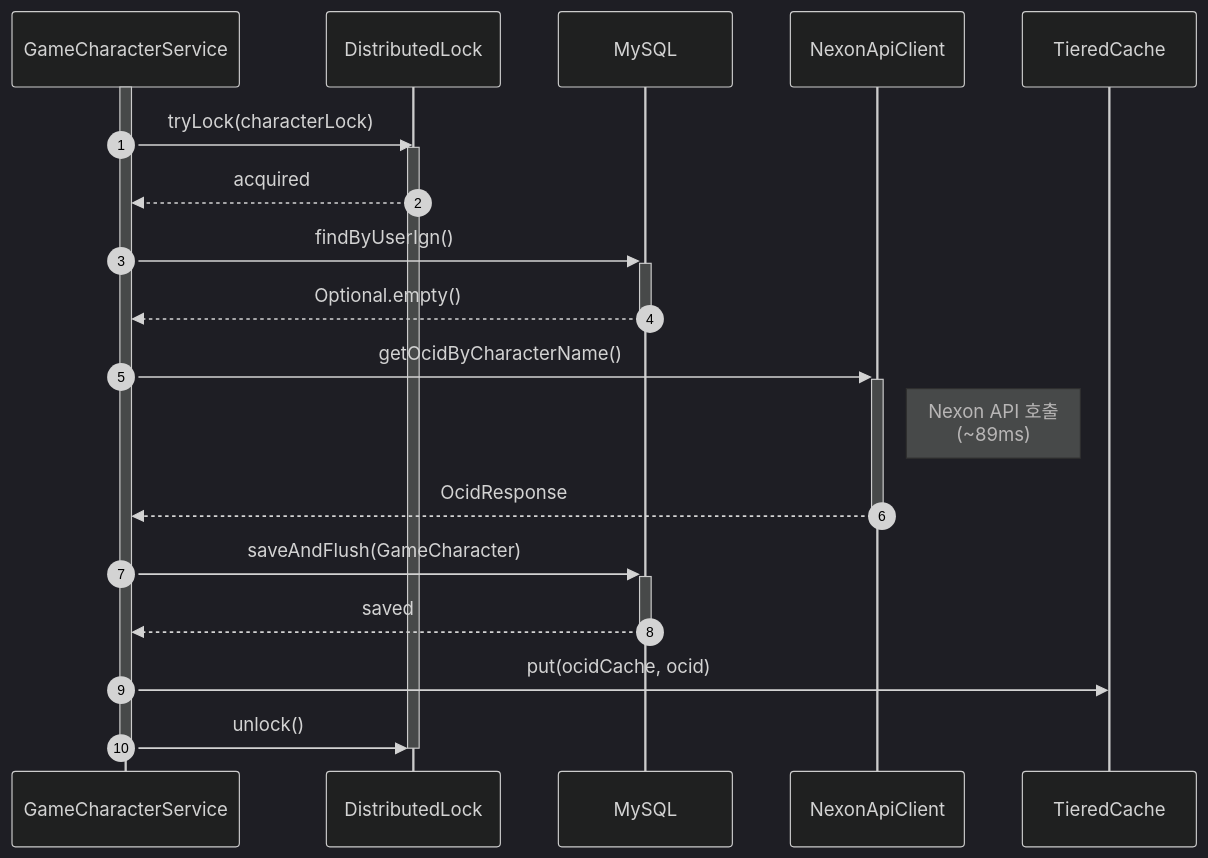
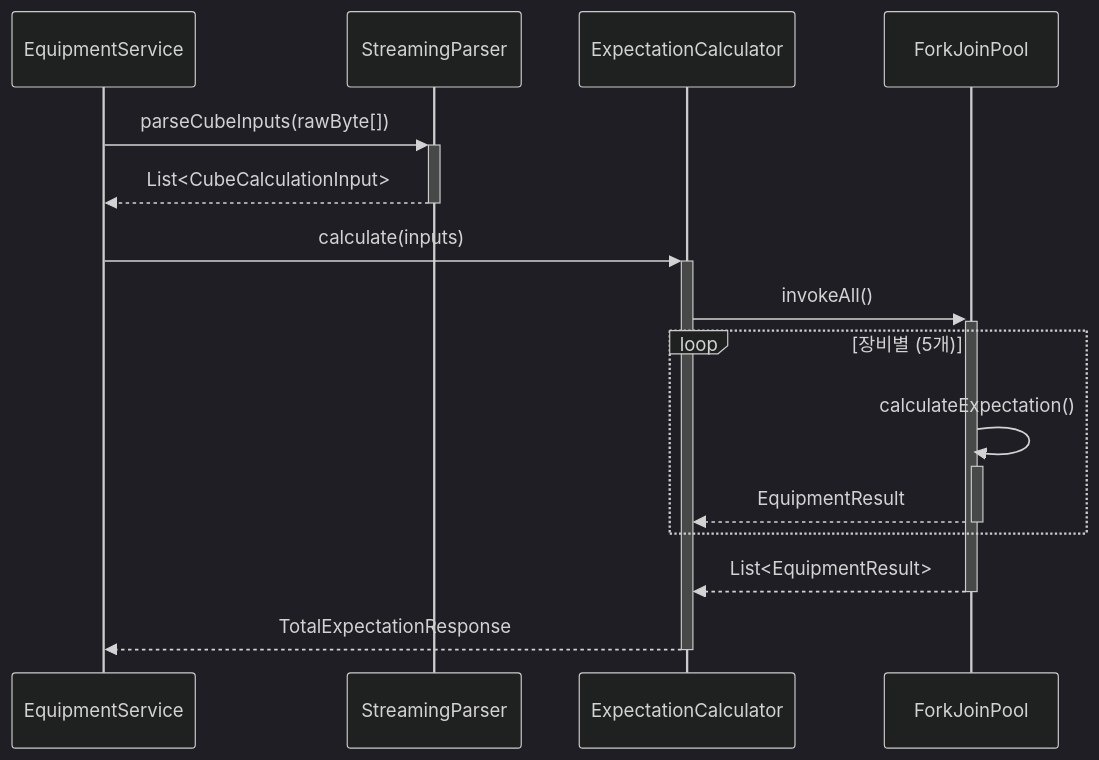
One commit to zbnerd/MapleExpectation changed the third of 4 diagrams in docs/03_Sequence_Diagrams/expectation-sequence-diagram.md. Above: the diagram before and after it, drawn with Mermaid (dark theme). The commit also changed other lines of this file and 4 other files, not shown here.

First line of the commit message:
refactor: 코드 품질 검증 시스템 개선 및 시퀀스 다이어그램 분리

````diff
--- a/docs/03_Sequence_Diagrams/expectation-sequence-diagram.md
+++ b/docs/03_Sequence_Diagrams/expectation-sequence-diagram.md
@@ -189,31 +144,21 @@
 ```mermaid
 sequenceDiagram
-    autonumber
+    participant Service as EquipmentService
+    participant Parser as StreamingParser
+    participant Calculator as ExpectationCalculator
+    participant Executor as ForkJoinPool
 
-    participant Service as GameCharacterService
-    participant Lock as DistributedLock
-    participant DB as MySQL
-    participant NexonAPI as NexonApiClient
-    participant Cache as TieredCache
+    Service->>+Parser: parseCubeInputs(rawByte[])
+    Parser-->>-Service: List<CubeCalculationInput>
 
-    activate Service
-    Service->>Lock: tryLock(characterLock)
-    activate Lock
-    Lock-->>Service: acquired
+    Service->>+Calculator: calculate(inputs)
+    Calculator->>+Executor: invokeAll()
 
-    Service->>+DB: findByUserIgn()
-    DB-->>-Service: Optional.empty()
+    loop 장비별 (5개)
+        Executor->>+Executor: calculateExpectation()
+        Executor-->>-Calculator: EquipmentResult
+    end
 
-    Service->>+NexonAPI: getOcidByCharacterName()
-    Note right of NexonAPI: Nexon API 호출<br/>(~89ms)
-    NexonAPI-->>-Service: OcidResponse
-
-    Service->>+DB: saveAndFlush(GameCharacter)
-    DB-->>-Service: saved
-
-    Service->>Cache: put(ocidCache, ocid)
-
-    Service->>Lock: unlock()
-    deactivate Lock
-    deactivate Service
+    Executor-->>-Calculator: List<EquipmentResult>
+    Calculator-->>-Service: TotalExpectationResponse
 ```
````
